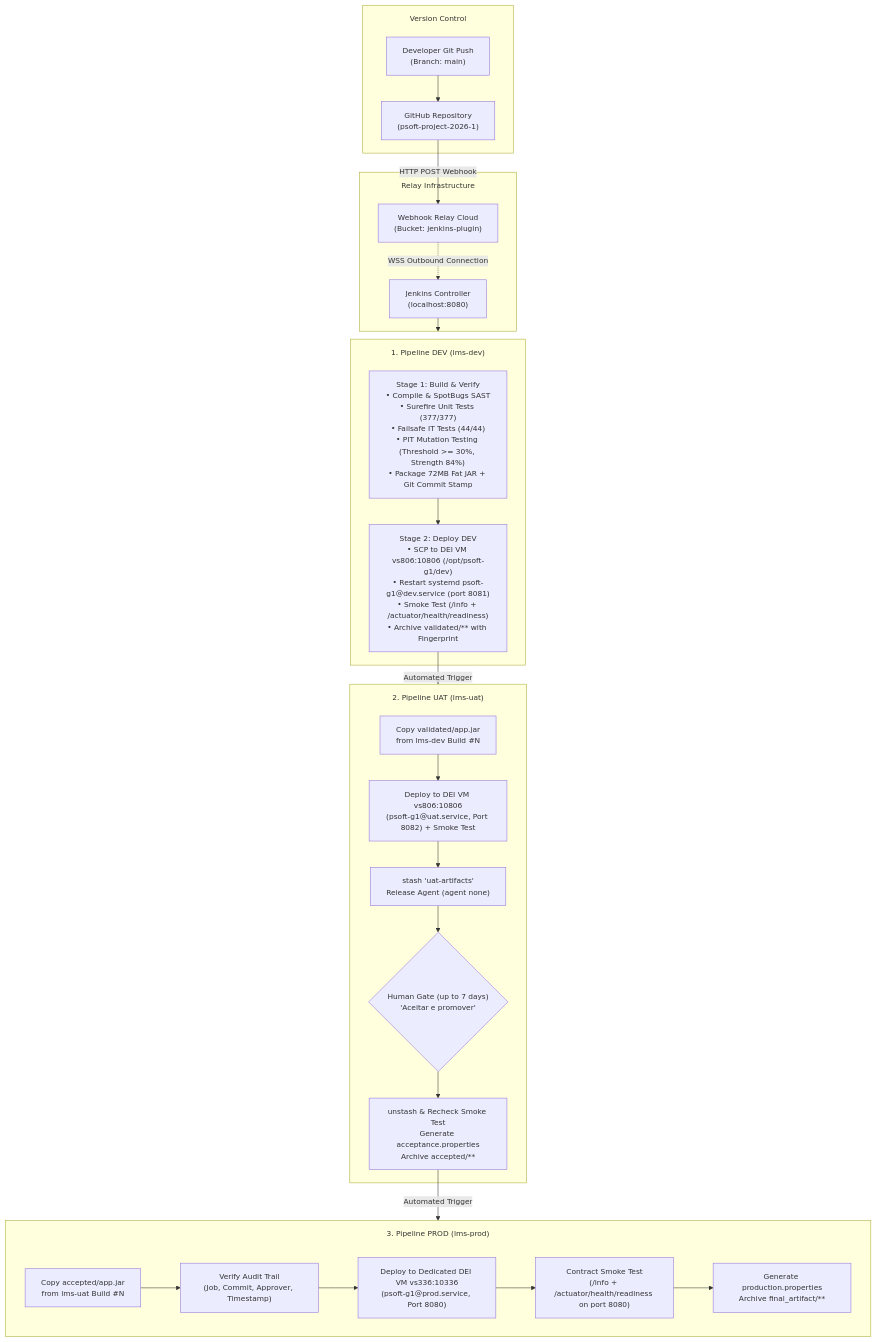
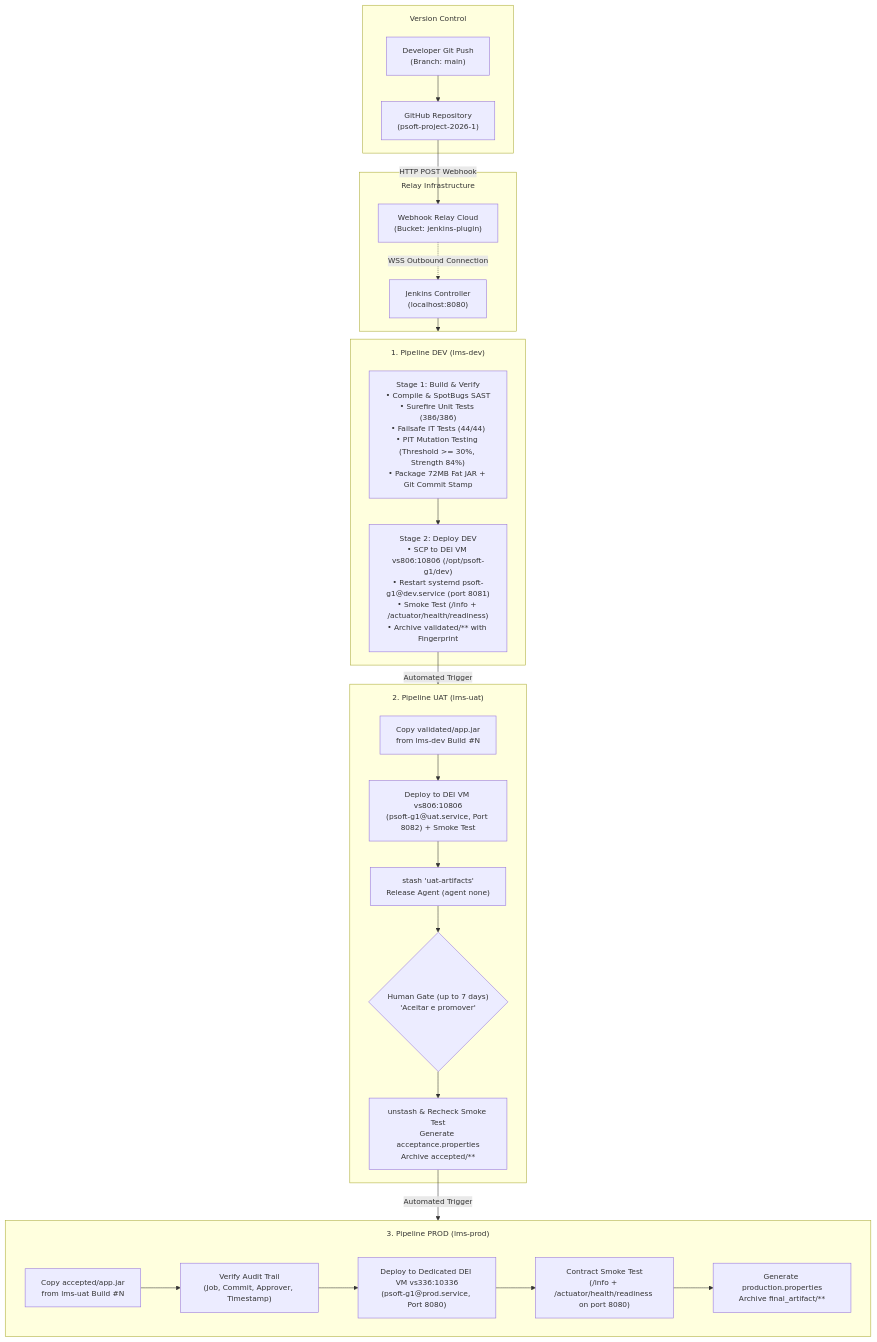
The diagram in Docs/ODSOFT/system-to-be/system-to-be.md (RafaelBrandao04/psoft-project-2026-1), drawn with Mermaid before and after one commit. The commit also changed other lines of this file and 18 other files, not shown here.

````diff
--- a/Docs/ODSOFT/system-to-be/system-to-be.md
+++ b/Docs/ODSOFT/system-to-be/system-to-be.md
@@ -24,42 +24,42 @@
 ```mermaid
 %%{init: {'themeVariables': { 'fontSize': '14px' }, 'flowchart': { 'subGraphTitleMargin': { 'top': 15, 'bottom': 20 } } } }%%
 flowchart TD
     subgraph SCM["Version Control"]
         DEV_PUSH["Developer Git Push<br/>(Branch: main)"] --> GITHUB["GitHub Repository<br/>(psoft-project-2026-1)"]
     end
 
     subgraph Tunnel["Relay Infrastructure"]
         GITHUB -->|HTTP POST Webhook| WHR["Webhook Relay Cloud<br/>(Bucket: jenkins-plugin)"]
         WHR -.->|WSS Outbound Connection| LOCAL_JENKINS["Jenkins Controller<br/>(localhost:8080)"]
     end
 
     subgraph JobDEV["1. Pipeline DEV (lms-dev)"]
-        STAGE_BUILD["Stage 1: Build & Verify<br/>• Compile & SpotBugs SAST<br/>• Surefire Unit Tests (377/377)<br/>• Failsafe IT Tests (44/44)<br/>• PIT Mutation Testing (Threshold >= 30%, Strength 84%)<br/>• Package 72MB Fat JAR + Git Commit Stamp"]
+        STAGE_BUILD["Stage 1: Build & Verify<br/>• Compile & SpotBugs SAST<br/>• Surefire Unit Tests (386/386)<br/>• Failsafe IT Tests (44/44)<br/>• PIT Mutation Testing (Threshold >= 30%, Strength 84%)<br/>• Package 72MB Fat JAR + Git Commit Stamp"]
         STAGE_DEV_DEPLOY["Stage 2: Deploy DEV<br/>• SCP to DEI VM vs806:10806 (/opt/psoft-g1/dev)<br/>• Restart systemd psoft-g1@dev.service (port 8081)<br/>• Smoke Test (/info + /actuator/health/readiness)<br/>• Archive validated/** with Fingerprint"]
         STAGE_BUILD --> STAGE_DEV_DEPLOY
     end
 
     subgraph JobUAT["2. Pipeline UAT (lms-uat)"]
         UAT_COPY["Copy validated/app.jar<br/>from lms-dev Build #N"]
         UAT_DEPLOY["Deploy to DEI VM vs806:10806<br/>(psoft-g1@uat.service, Port 8082) + Smoke Test"]
         UAT_STASH["stash 'uat-artifacts'<br/>Release Agent (agent none)"]
         UAT_INPUT{"Human Gate (up to 7 days)<br/>'Aceitar e promover'"}
         UAT_UNSTASH["unstash & Recheck Smoke Test<br/>Generate acceptance.properties<br/>Archive accepted/**"]
 
         UAT_COPY --> UAT_DEPLOY --> UAT_STASH --> UAT_INPUT --> UAT_UNSTASH
     end
 
     subgraph JobPROD["3. Pipeline PROD (lms-prod)"]
         PROD_COPY["Copy accepted/app.jar<br/>from lms-uat Build #N"]
         PROD_AUDIT["Verify Audit Trail<br/>(Job, Commit, Approver, Timestamp)"]
         PROD_DEPLOY["Deploy to Dedicated DEI VM vs336:10336<br/>(psoft-g1@prod.service, Port 8080)"]
         PROD_SMOKE["Contract Smoke Test<br/>(/info + /actuator/health/readiness on port 8080)"]
         PROD_FINAL["Generate production.properties<br/>Archive final_artifact/**"]
 
         PROD_COPY --> PROD_AUDIT --> PROD_DEPLOY --> PROD_SMOKE --> PROD_FINAL
     end
 
     LOCAL_JENKINS --> JobDEV
     STAGE_DEV_DEPLOY -->|Automated Trigger| JobUAT
     UAT_UNSTASH -->|Automated Trigger| JobPROD
 ```
````
